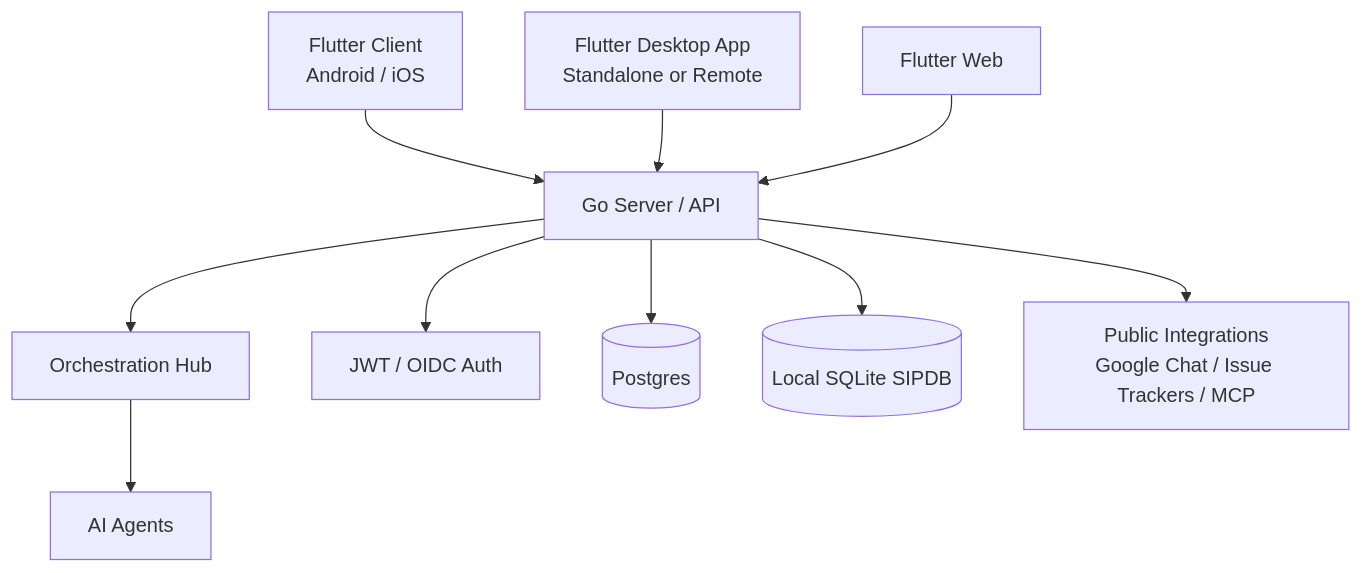
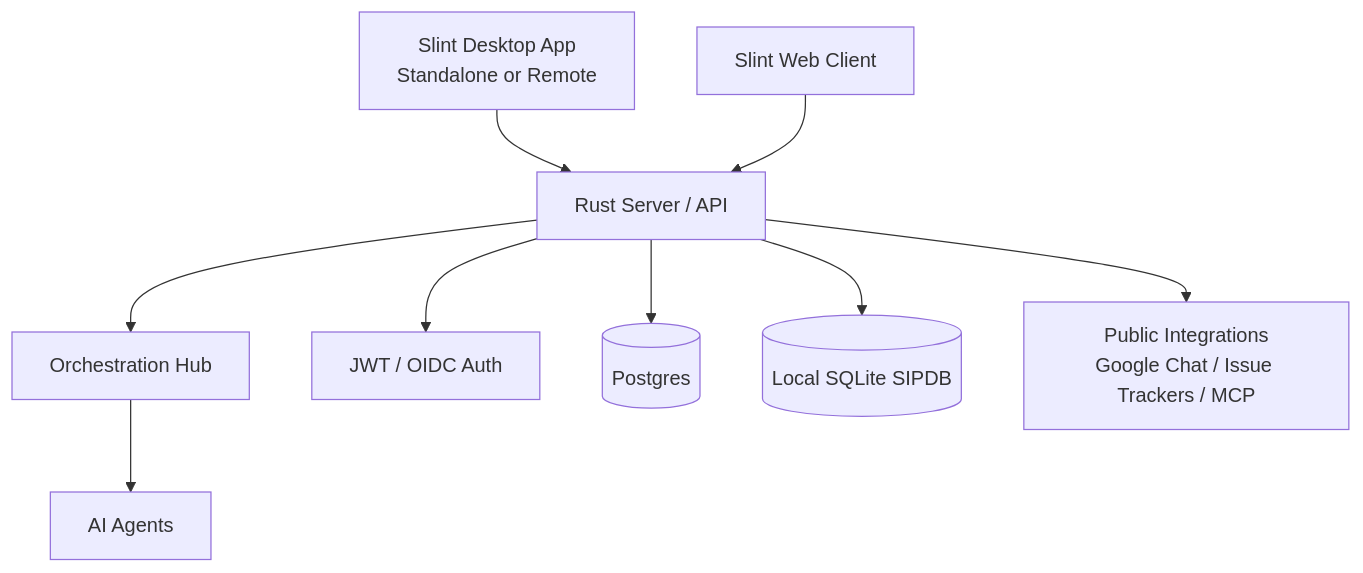
The diagram in README.md (omnisolo-llc/onehumancorp), drawn with Mermaid before and after one commit. The commit also changed other lines of this file and 73 other files, not shown here.

First line of the commit message:
docs: update outdated Go/Flutter references to Rust/Slint

````diff
--- a/README.md
+++ b/README.md
@@ -38,12 +38,11 @@
 ```mermaid
 graph TD;
-    MobileClient[Flutter Client\nAndroid / iOS] --> API[Go Server / API];
-    DesktopClient[Flutter Desktop App\nStandalone or Remote] --> API;
-    WebClient[Flutter Web] --> API;
+    DesktopClient[Slint Desktop App\nStandalone or Remote] --> API[Rust Server / API];
+    WebClient[Slint Web Client] --> API;
     API --> Orchestration[Orchestration Hub];
     API --> Auth[JWT / OIDC Auth];
     Orchestration --> Agents[AI Agents];
     API --> Postgres[(Postgres)];
     API --> SQLite[(Local SQLite SIPDB)];
     API --> Integrations[Public Integrations\nGoogle Chat / Issue Trackers / MCP];
 ```
````
